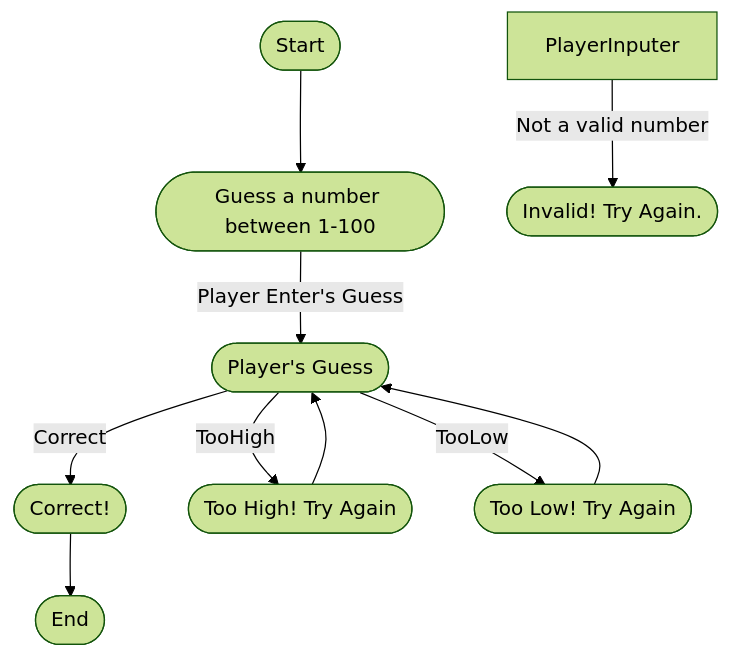
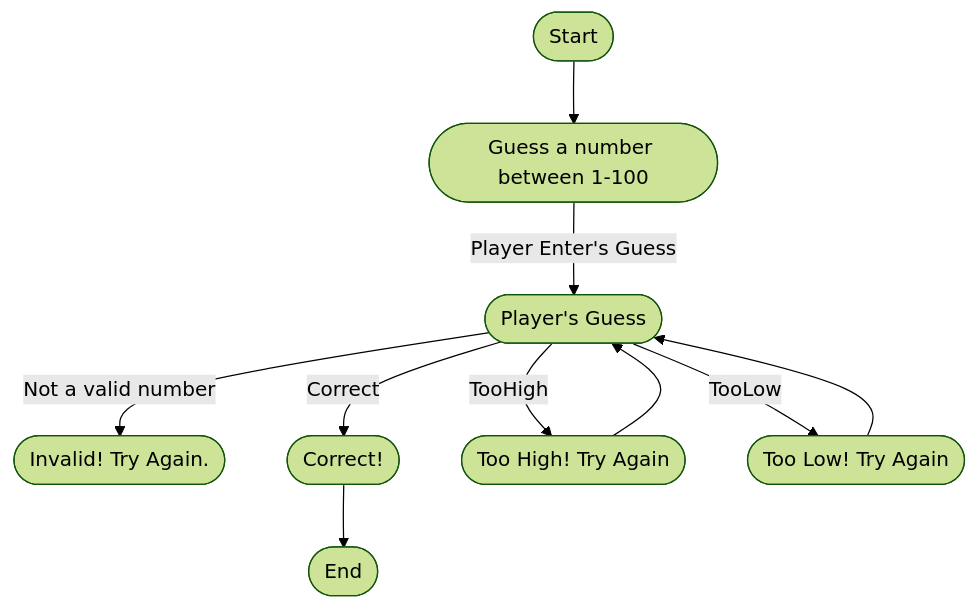
One commit to veturon2/veturon2.github.io changed the diagram in Guessing.md. Above: the diagram before and after it, drawn with Mermaid (forest theme).

````diff
--- a/Guessing.md
+++ b/Guessing.md
@@ -3,15 +3,15 @@
 ```mermaid
 flowchart TD
   Start([Start])-->RandomNumber([Guess a number between 1-100])
   RandomNumber--Player Enter's Guess-->PlayerInput([Player's Guess])
 
-  PlayerInputer--Not a valid number-->InvalidNumber([Invalid! Try Again.])
+  PlayerInput--Not a valid number-->InvalidNumber([Invalid! Try Again.])
   
   PlayerInput--Correct-->CorrectGuess([Correct!])
   PlayerInput--TooHigh-->WrongGuessHigh([Too High! Try Again])
   PlayerInput--TooLow-->WrongGuessLow([Too Low! Try Again])
   
   WrongGuessHigh-->PlayerInput
   WrongGuessLow-->PlayerInput
   CorrectGuess-->End([End])
 ```
````
